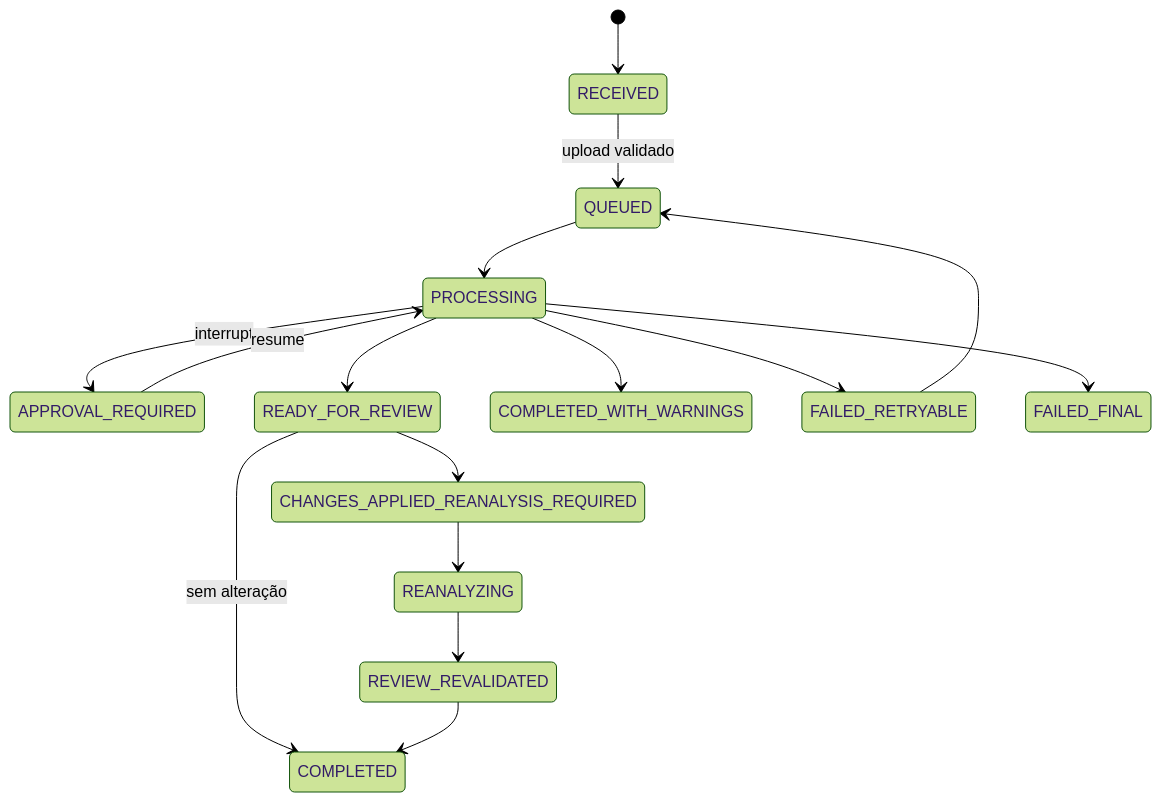
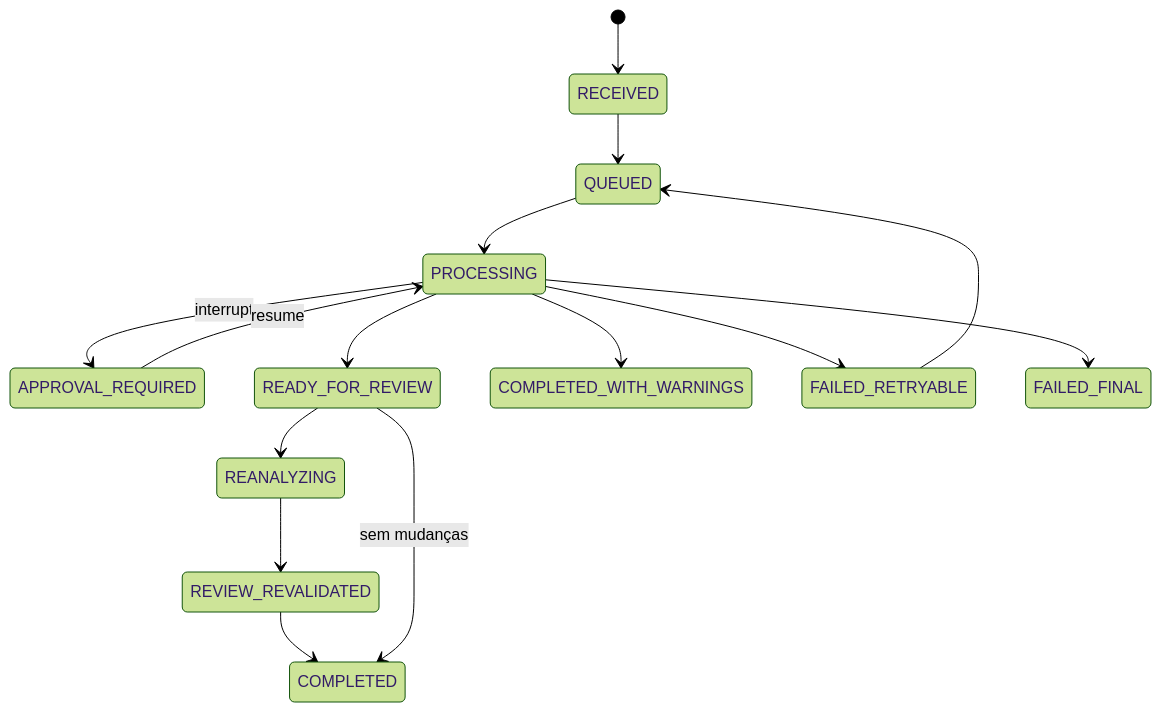
One commit to campos-labs/project-hub changed the second of 3 diagrams in docs/rfcs/006-contract-analyser-enterprise/DESIGN.md. Above: the diagram before and after it, drawn with Mermaid (forest theme). The commit also changed other lines of this file, not shown here.

````diff
--- a/docs/rfcs/006-contract-analyser-enterprise/DESIGN.md
+++ b/docs/rfcs/006-contract-analyser-enterprise/DESIGN.md
@@ -111,18 +56,17 @@
 ```mermaid
 stateDiagram-v2
     [*] --> RECEIVED
-    RECEIVED --> QUEUED: upload validado
+    RECEIVED --> QUEUED
     QUEUED --> PROCESSING
     PROCESSING --> APPROVAL_REQUIRED: interrupt
     APPROVAL_REQUIRED --> PROCESSING: resume
     PROCESSING --> READY_FOR_REVIEW
-    READY_FOR_REVIEW --> CHANGES_APPLIED_REANALYSIS_REQUIRED
-    CHANGES_APPLIED_REANALYSIS_REQUIRED --> REANALYZING
+    READY_FOR_REVIEW --> REANALYZING
     REANALYZING --> REVIEW_REVALIDATED
-    READY_FOR_REVIEW --> COMPLETED: sem alteração
     REVIEW_REVALIDATED --> COMPLETED
+    READY_FOR_REVIEW --> COMPLETED: sem mudanças
     PROCESSING --> COMPLETED_WITH_WARNINGS
     PROCESSING --> FAILED_RETRYABLE
     FAILED_RETRYABLE --> QUEUED
     PROCESSING --> FAILED_FINAL
 ```
````
